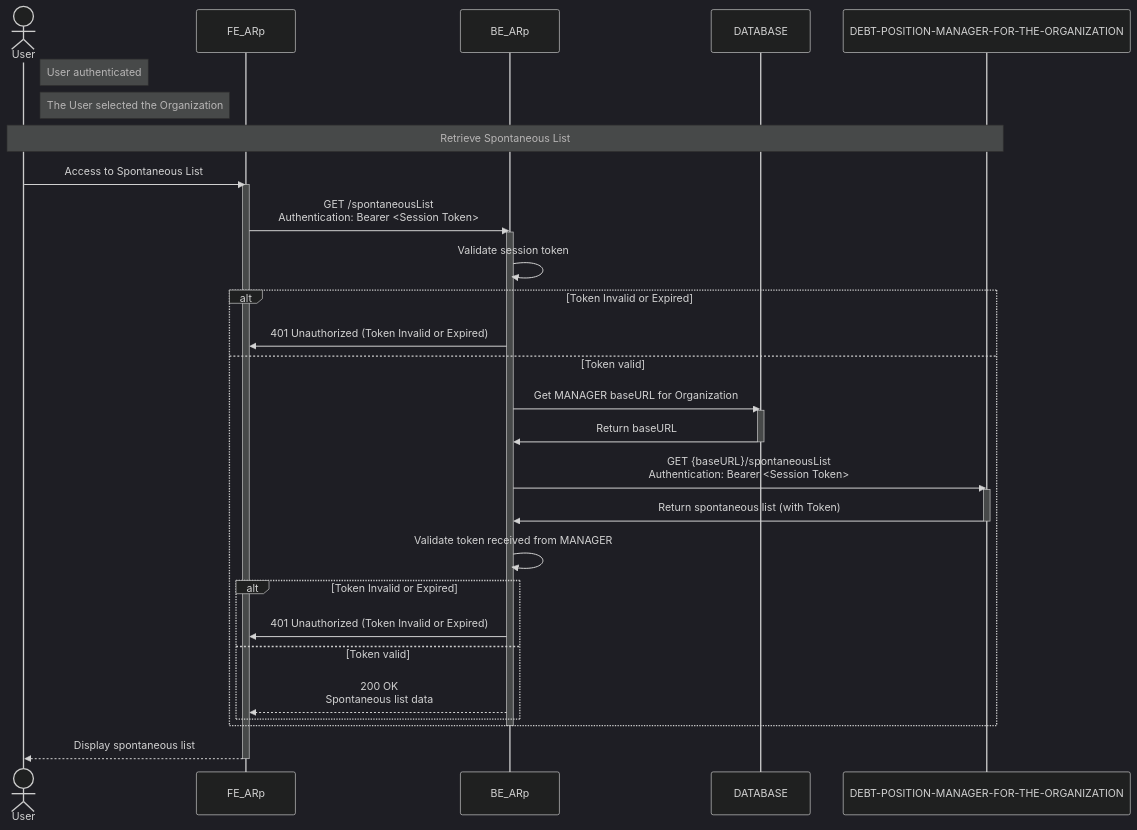
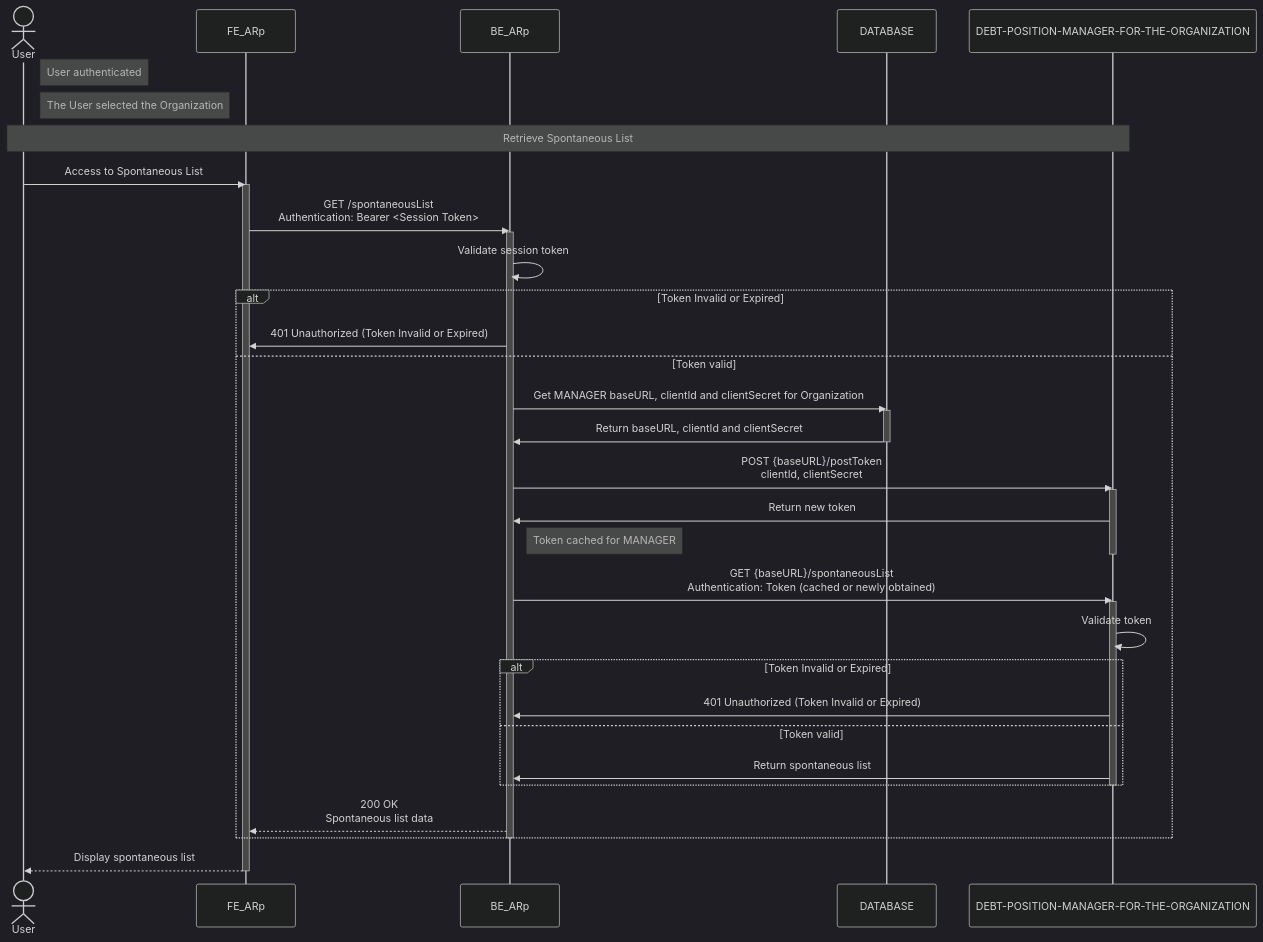
The diagram in design/arc/spontaneous/sequence_diagram_retrieve_spontaneous_list.mmd (pagopa/arc-doc), drawn with Mermaid (dark theme) before and after one commit. The commit also changed 3 other files, not shown here.

Commit message:
P4PU-820 updated sequence diagram

```diff
--- a/design/arc/spontaneous/sequence_diagram_retrieve_spontaneous_list.mmd
+++ b/design/arc/spontaneous/sequence_diagram_retrieve_spontaneous_list.mmd
@@ -1,39 +1,51 @@
 sequenceDiagram
-    actor User
-    participant FE_ARp
-    participant BE_ARp
-    participant DB as DATABASE
-    participant MANAGER as DEBT-POSITION-MANAGER-FOR-THE-ORGANIZATION
 
-    note right of User: User authenticated
-    note right of User: The User selected the Organization
-    note over User, MANAGER : Retrieve Spontaneous List
+actor User
+participant FE_ARp
+participant BE_ARp
+participant DB as DATABASE
+participant MANAGER as DEBT-POSITION-MANAGER-FOR-THE-ORGANIZATION
 
-    User ->> FE_ARp : Access to Spontaneous List
-    activate FE_ARp
-        FE_ARp ->> BE_ARp : GET /spontaneousList <br> Authentication: Bearer <Session Token>
-        activate BE_ARp
-            BE_ARp ->> BE_ARp : Validate session token
-            alt Token Invalid or Expired
-                BE_ARp ->> FE_ARp : 401 Unauthorized (Token Invalid or Expired)
-            else Token valid
-                BE_ARp ->> DB : Get MANAGER baseURL for Organization
-                activate DB
-                    DB ->> BE_ARp : Return baseURL
-                deactivate DB
+note right of User: User authenticated
+note right of User: The User selected the Organization
+note over User, MANAGER : Retrieve Spontaneous List
 
-                BE_ARp ->> MANAGER : GET {baseURL}/spontaneousList <br> Authentication: Bearer <Session Token>
-                activate MANAGER
-                    MANAGER ->> BE_ARp : Return spontaneous list (with Token)
-                deactivate MANAGER
+User ->> FE_ARp : Access to Spontaneous List
+activate FE_ARp
+    FE_ARp ->> BE_ARp : GET /spontaneousList <br> Authentication: Bearer <Session Token>
+    activate BE_ARp
+        BE_ARp ->> BE_ARp : Validate session token
 
-                BE_ARp ->> BE_ARp : Validate token received from MANAGER
+        alt Token Invalid or Expired
+            BE_ARp ->> FE_ARp : 401 Unauthorized (Token Invalid or Expired)
+        else Token valid
+            BE_ARp ->> DB : Get MANAGER baseURL, clientId and clientSecret for Organization
+
+            activate DB
+                DB ->> BE_ARp : Return baseURL, clientId and clientSecret
+            deactivate DB
+
+
+
+            BE_ARp ->> MANAGER : POST {baseURL}/postToken <br> clientId, clientSecret
+            activate MANAGER
+                MANAGER ->> BE_ARp : Return new token
+                note right of BE_ARp : Token cached for MANAGER
+            deactivate MANAGER
+
+            BE_ARp ->> MANAGER : GET {baseURL}/spontaneousList <br> Authentication: Token (cached or newly obtained)
+
+            activate MANAGER
+                MANAGER ->> MANAGER: Validate token
                 alt Token Invalid or Expired
-                    BE_ARp ->> FE_ARp : 401 Unauthorized (Token Invalid or Expired)
+                    MANAGER ->> BE_ARp : 401 Unauthorized (Token Invalid or Expired)
                 else Token valid
-                    BE_ARp -->> FE_ARp : 200 OK <br> Spontaneous list data
+                    MANAGER ->> BE_ARp : Return spontaneous list
                 end
-            end
-        deactivate BE_ARp
-        FE_ARp -->> User: Display spontaneous list
-    deactivate FE_ARp
+            deactivate MANAGER
+
+            BE_ARp -->> FE_ARp : 200 OK <br> Spontaneous list data
+        end
+    deactivate BE_ARp
+    FE_ARp -->> User: Display spontaneous list
+deactivate FE_ARp
```
